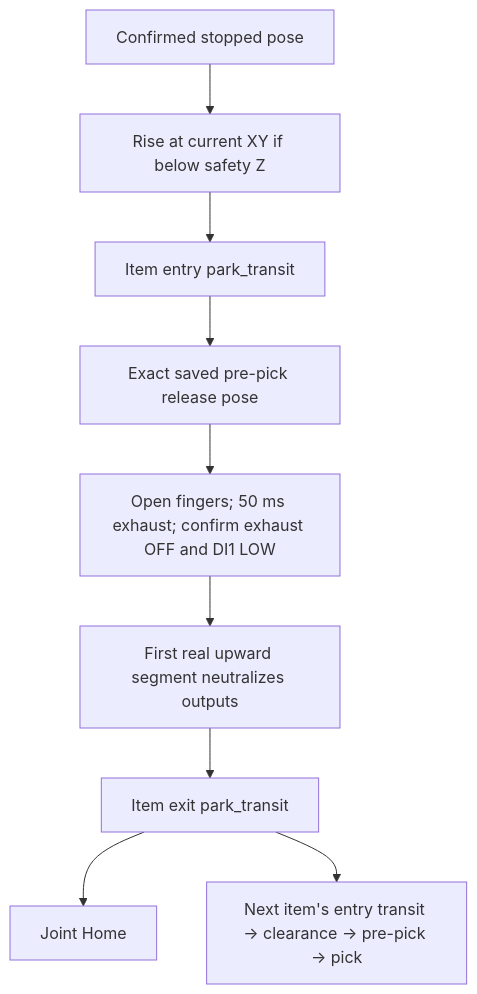
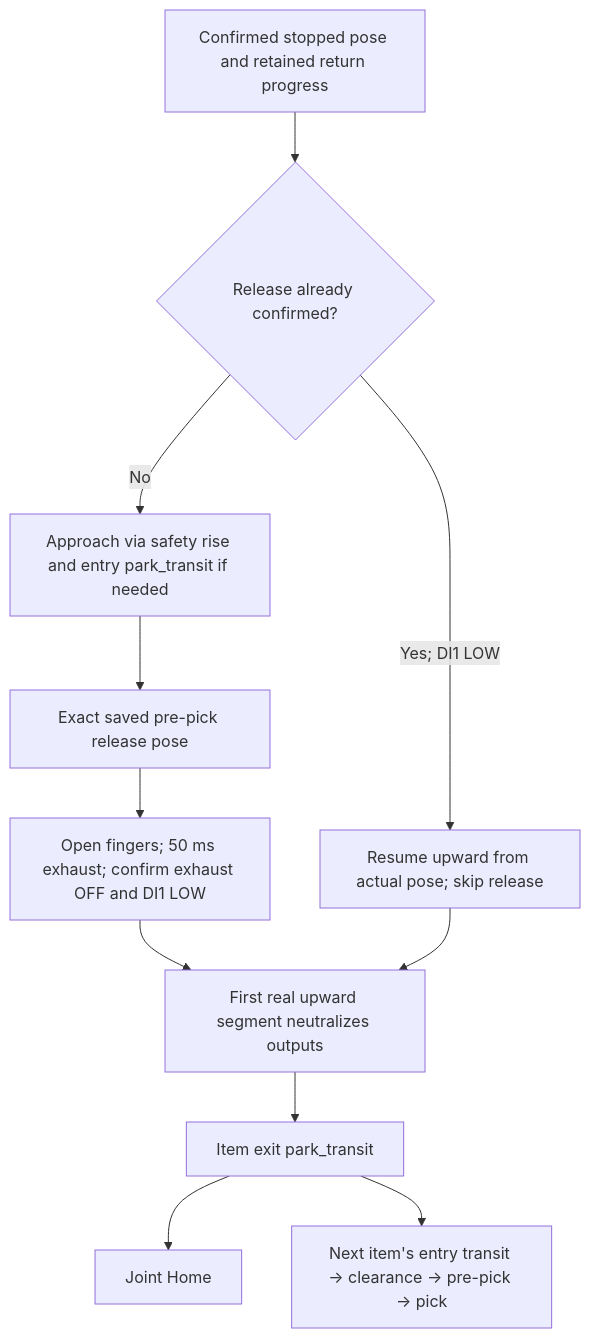
Before and after one commit to esgange/dobot_picknplace_yolo: the sixth of 6 diagrams in docs/ROBOT_CONTROLLER_FSM.md, drawn with Mermaid. The commit also changed other lines of this file and 19 other files, not shown here.

````diff
--- a/docs/ROBOT_CONTROLLER_FSM.md
+++ b/docs/ROBOT_CONTROLLER_FSM.md
@@ -241,11 +257,13 @@
 ```mermaid
 flowchart TD
-    Start["Confirmed stopped pose"] --> Up["Rise at current XY if below safety Z"]
-    Up --> Entry["Item entry park_transit"]
-    Entry --> Release["Exact saved pre-pick release pose"]
+    Start["Confirmed stopped pose and retained return progress"] --> Released{"Release already confirmed?"}
+    Released -->|No| Up["Approach via safety rise and entry park_transit if needed"]
+    Up --> Release["Exact saved pre-pick release pose"]
     Release --> Pulse["Open fingers; 50 ms exhaust; confirm exhaust OFF and DI1 LOW"]
     Pulse --> Retreat["First real upward segment neutralizes outputs"]
+    Released -->|Yes; DI1 LOW| Resume["Resume upward from actual pose; skip release"]
+    Resume --> Retreat
     Retreat --> Exit["Item exit park_transit"]
     Exit --> Home["Joint Home"]
     Exit --> Next["Next item's entry transit → clearance → pre-pick → pick"]
 ```
````
